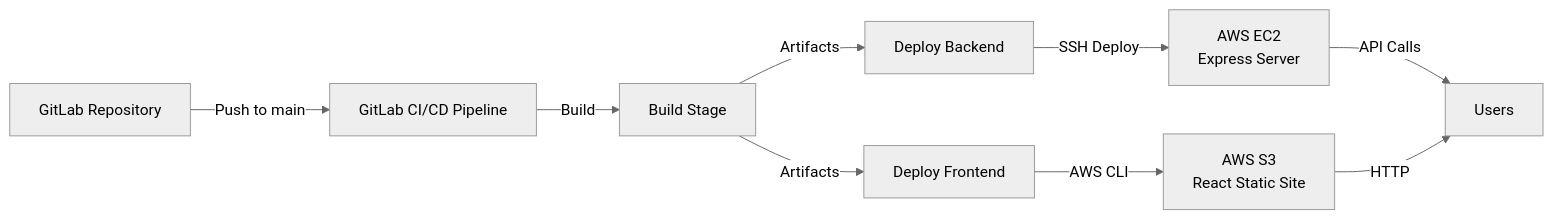
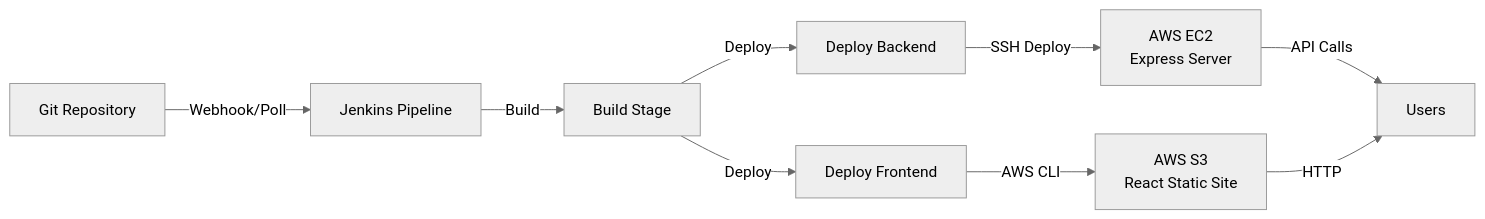
The diagram in DEPLOYMENT_GUIDE.md (alankrita-08/JINKINS_), drawn with Mermaid (neutral theme) before and after one commit. The commit also changed other lines of this file and 7 other files, not shown here.

````diff
--- a/DEPLOYMENT_GUIDE.md
+++ b/DEPLOYMENT_GUIDE.md
@@ -27,11 +30,11 @@
 ```mermaid
 graph LR
-    A[GitLab Repository] -->|Push to main| B[GitLab CI/CD Pipeline]
+    A[Git Repository] -->|Webhook/Poll| B[Jenkins Pipeline]
     B -->|Build| C[Build Stage]
-    C -->|Artifacts| D[Deploy Backend]
-    C -->|Artifacts| E[Deploy Frontend]
+    C -->|Deploy| D[Deploy Backend]
+    C -->|Deploy| E[Deploy Frontend]
     D -->|SSH Deploy| F[AWS EC2<br/>Express Server]
     E -->|AWS CLI| G[AWS S3<br/>React Static Site]
     F -->|API Calls| H[Users]
     G -->|HTTP| H
 ```
````
